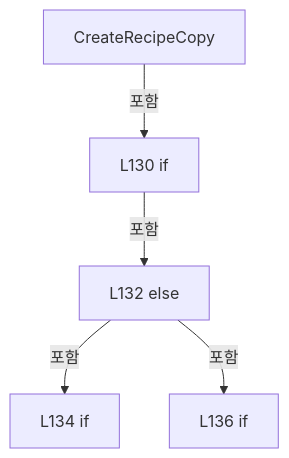
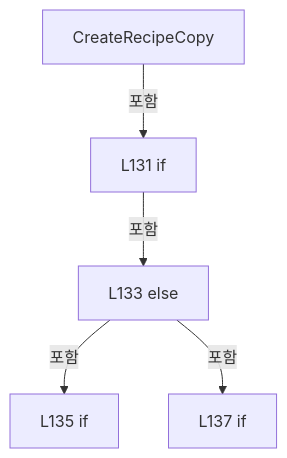
One commit to kjuws10-rgb/Shared changed the sixth of 18 diagrams in A3 LD Code Ref/files/Drilling.Common/Managers/CRecipeManager.cs.md. Above: the diagram before and after it, drawn with Mermaid. The commit also changed other lines of this file and 2071 other files, not shown here.

Commit message:
docs(a3): update 11.19.0 architecture and code reference

````diff
--- a/A3 LD Code Ref/files/Drilling.Common/Managers/CRecipeManager.cs.md
+++ b/A3 LD Code Ref/files/Drilling.Common/Managers/CRecipeManager.cs.md
@@ -986,12 +987,12 @@
 ```mermaid
 flowchart TD
  M["CreateRecipeCopy"]
- N0["L130 if"]
+ N0["L131 if"]
  M -->|포함| N0
- N1["L132 else"]
+ N1["L133 else"]
  N0 -->|포함| N1
- N2["L134 if"]
+ N2["L135 if"]
  N1 -->|포함| N2
- N3["L136 if"]
+ N3["L137 if"]
  N1 -->|포함| N3
 ```
````
